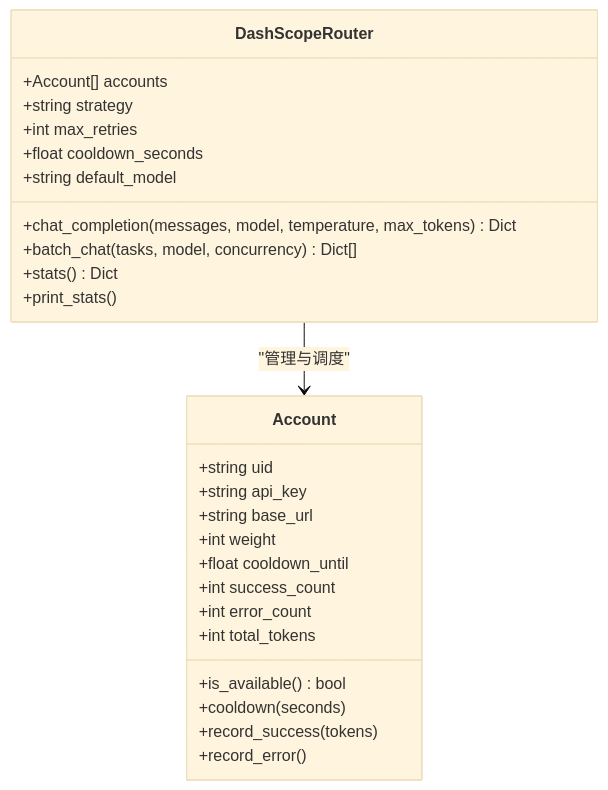
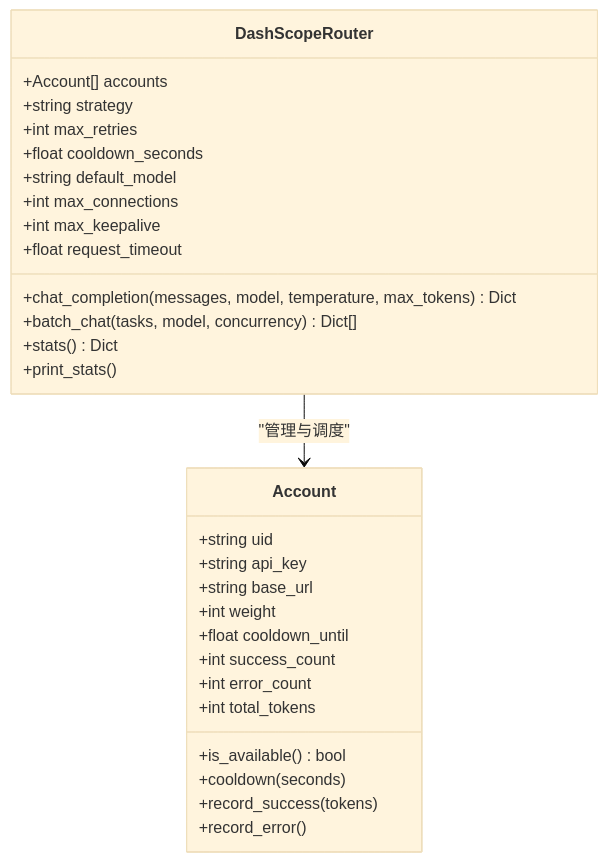
The third of 5 diagrams in .qoder/repowiki/zh/content/扩展与定制/系统扩展指南.md (EthanNiWorld/AI-Native-SA-2026), drawn with Mermaid (base theme) before and after one commit. The commit also changed other lines of this file and 7 other files, not shown here.

````diff
--- a/.qoder/repowiki/zh/content/扩展与定制/系统扩展指南.md
+++ b/.qoder/repowiki/zh/content/扩展与定制/系统扩展指南.md
@@ -121,29 +132,32 @@
 ```mermaid
 classDiagram
 class Account {
 +string uid
 +string api_key
 +string base_url
 +int weight
 +float cooldown_until
 +int success_count
 +int error_count
 +int total_tokens
 +is_available() bool
 +cooldown(seconds)
 +record_success(tokens)
 +record_error()
 }
 class DashScopeRouter {
 +Account[] accounts
 +string strategy
 +int max_retries
 +float cooldown_seconds
 +string default_model
++int max_connections
++int max_keepalive
++float request_timeout
 +chat_completion(messages, model, temperature, max_tokens) Dict
 +batch_chat(tasks, model, concurrency) Dict[]
 +stats() Dict
 +print_stats()
 }
 DashScopeRouter --> Account : "管理与调度"
 ```
````
